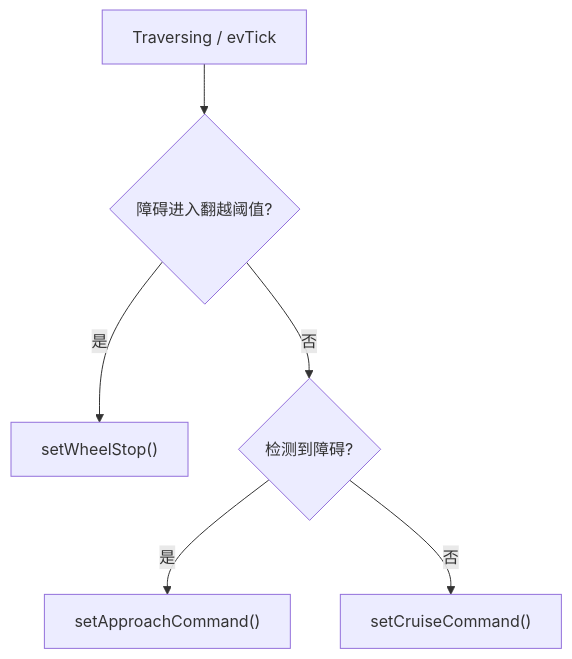
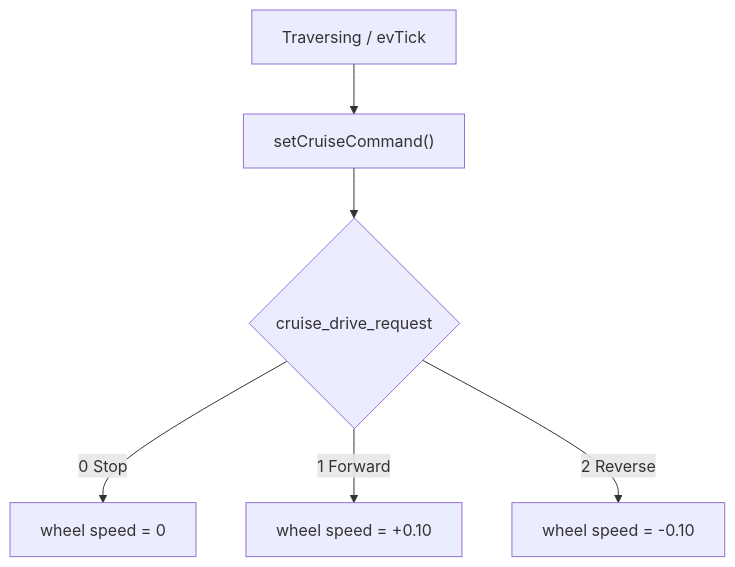
One commit to major173/b29_control changed the third of 12 diagrams in b29_controllers/b29_smc_auto_controller/OBSTACLE_CROSSING_WORKFLOW.md. Above: the diagram before and after it, drawn with Mermaid. The commit also changed other lines of this file and 44 other files, not shown here.

Commit message:
Update the communication protocol, migrate the state‑switching logic to the lower‑level controller, and add obstacle‑crossing direction determination based on drive wheel odometry.

````diff
--- a/b29_controllers/b29_smc_auto_controller/OBSTACLE_CROSSING_WORKFLOW.md
+++ b/b29_controllers/b29_smc_auto_controller/OBSTACLE_CROSSING_WORKFLOW.md
@@ -59,8 +59,8 @@
 ```mermaid
 flowchart TD
-  T0["Traversing / evTick"] --> T1{"障碍进入翻越阈值?"}
-  T1 -- 是 --> T2["setWheelStop()"]
-  T1 -- 否 --> T3{"检测到障碍?"}
-  T3 -- 是 --> T4["setApproachCommand()"]
-  T3 -- 否 --> T5["setCruiseCommand()"]
+  T0["Traversing / evTick"] --> T1["setCruiseCommand()"]
+  T1 --> T2{"cruise_drive_request"}
+  T2 -->|0 Stop| T3["wheel speed = 0"]
+  T2 -->|1 Forward| T4["wheel speed = +0.10"]
+  T2 -->|2 Reverse| T5["wheel speed = -0.10"]
 ```
````
